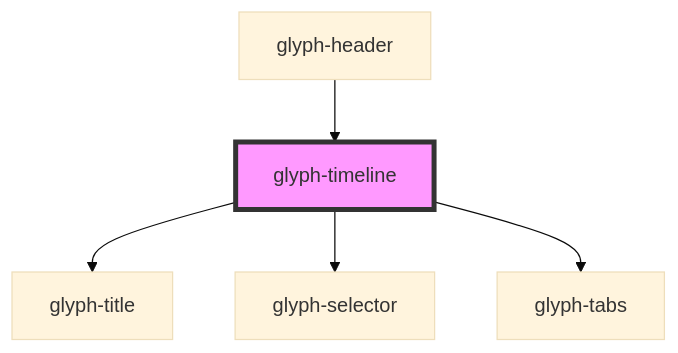
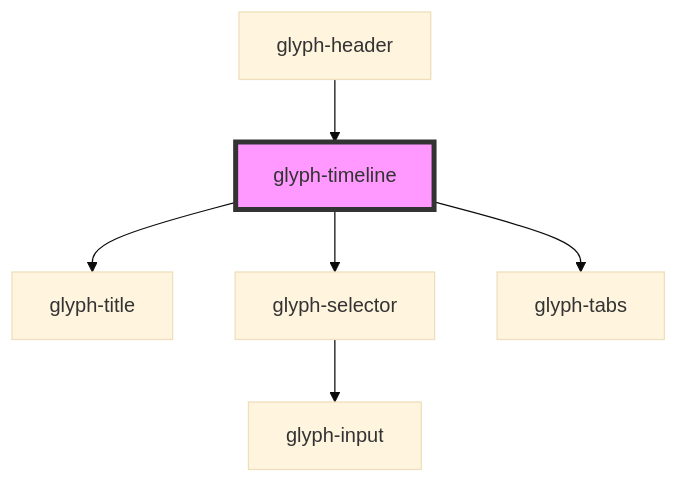
One commit to adrianiy/synth-ui changed the diagram in packages/glyph-components/src/components/timeline/readme.md. Above: the diagram before and after it, drawn with Mermaid (base theme). The commit also changed 11 other files, not shown here.

````diff
--- a/packages/glyph-components/src/components/timeline/readme.md
+++ b/packages/glyph-components/src/components/timeline/readme.md
@@ -32,8 +32,9 @@
 ```mermaid
 graph TD;
   glyph-timeline --> glyph-title
   glyph-timeline --> glyph-selector
   glyph-timeline --> glyph-tabs
+  glyph-selector --> glyph-input
   glyph-header --> glyph-timeline
   style glyph-timeline fill:#f9f,stroke:#333,stroke-width:4px
 ```
````
